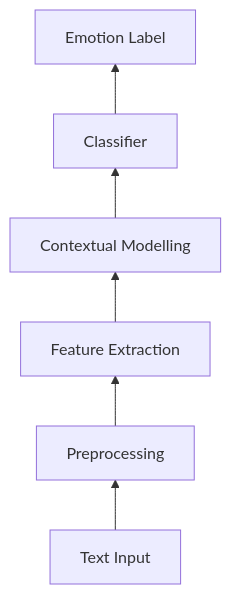
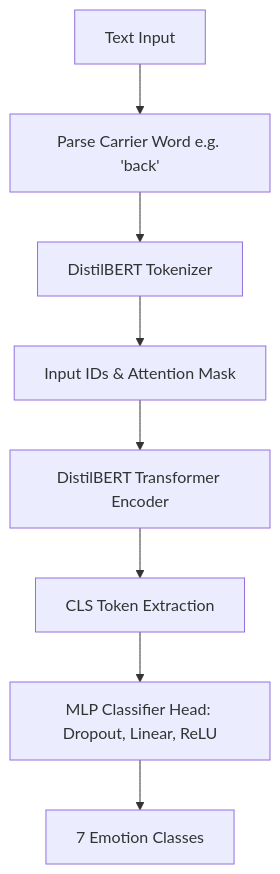
One commit to savioshaju/Multimodal-Emotion-Recognition changed the second of 4 diagrams in README.md. Above: the diagram before and after it, drawn with Mermaid. The commit also changed other lines of this file, not shown here.

````diff
--- a/README.md
+++ b/README.md
@@ -546,8 +512,10 @@
 ```mermaid
-flowchart BT
-    A[Text Input] --> B[Preprocessing]
-    B --> C[Feature Extraction]
-    C --> D[Contextual Modelling]
-    D --> E[Classifier]
-    E --> F[Emotion Label]
+graph TD
+    A[Text Input] --> B["Parse Carrier Word e.g. 'back'"]
+    B --> C[DistilBERT Tokenizer]
+    C --> D["Input IDs & Attention Mask"]
+    D --> E[DistilBERT Transformer Encoder]
+    E --> F[CLS Token Extraction]
+    F --> G["MLP Classifier Head: Dropout, Linear, ReLU"]
+    G --> H[7 Emotion Classes]
 ```
````
